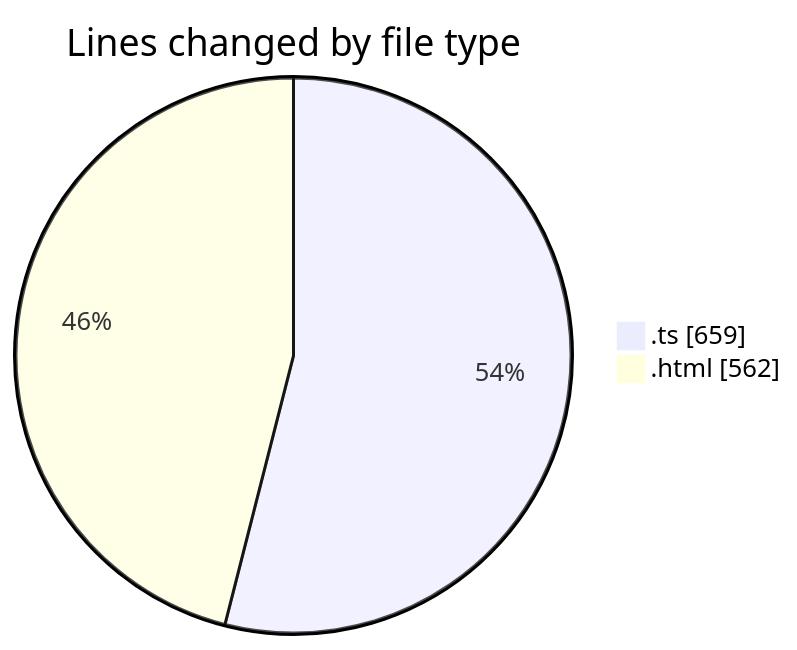
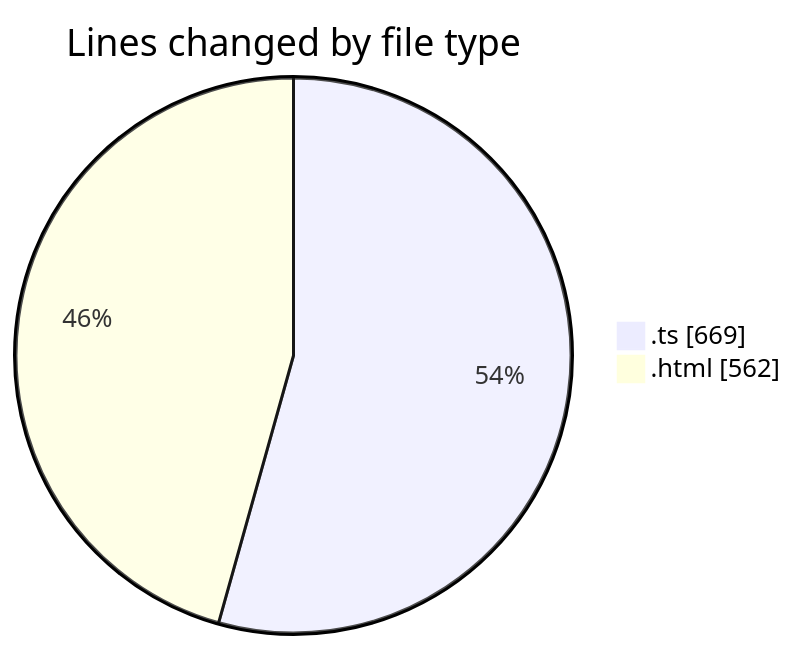
Before and after one commit to igalym/code-tracking: the first of 2 diagrams in 2025-12-29/budget_front_nest/README.md, drawn with Mermaid. The commit also changed other lines of this file and 1 other file, not shown here.

````diff
--- a/2025-12-29/budget_front_nest/README.md
+++ b/2025-12-29/budget_front_nest/README.md
@@ -23,6 +23,6 @@
 ```mermaid
 pie showData
 title Lines changed by file type
-".ts" : 659
+".ts" : 669
 ".html" : 562
 ```
````
